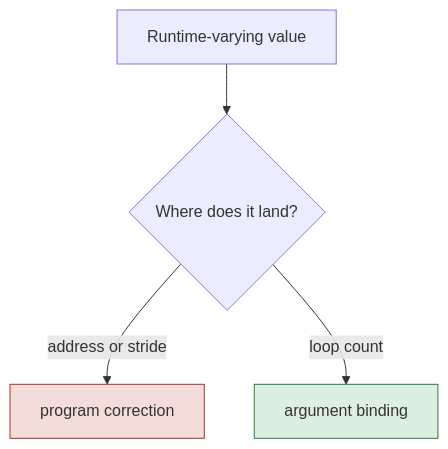
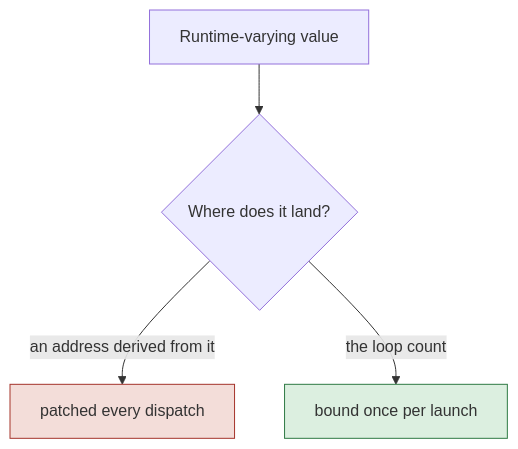
Before and after one commit to GopikrishnaGitRepo/torch-spyre: diagram 12 of 13 in docs/source/compiler/symbolic_shapes.md, drawn with Mermaid. The commit also changed other lines of this file, not shown here.

````diff
--- a/docs/source/compiler/symbolic_shapes.md
+++ b/docs/source/compiler/symbolic_shapes.md
@@ -799,10 +840,10 @@
 ```mermaid
 flowchart TB
   v["Runtime-varying value"] --> q{"Where does it land?"}
-  q -->|"address or stride"| corr["program correction"]
-  q -->|"loop count"| bind["argument binding"]
+  q -->|"an address derived from it"| corr["patched every dispatch"]
+  q -->|"the loop count"| bind["bound once per launch"]
   classDef bad fill:#f3ddd9,stroke:#a5342b;
   classDef good fill:#dcefe0,stroke:#2f7a44;
   class corr bad
   class bind good
 ```
````
